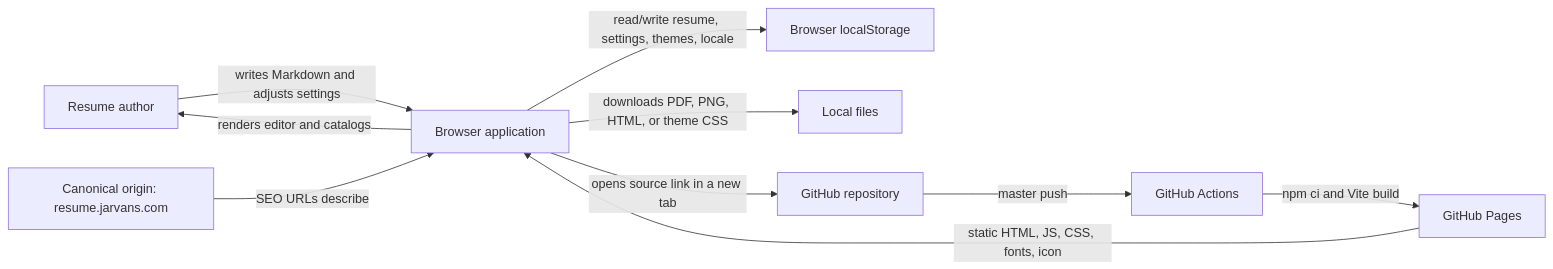
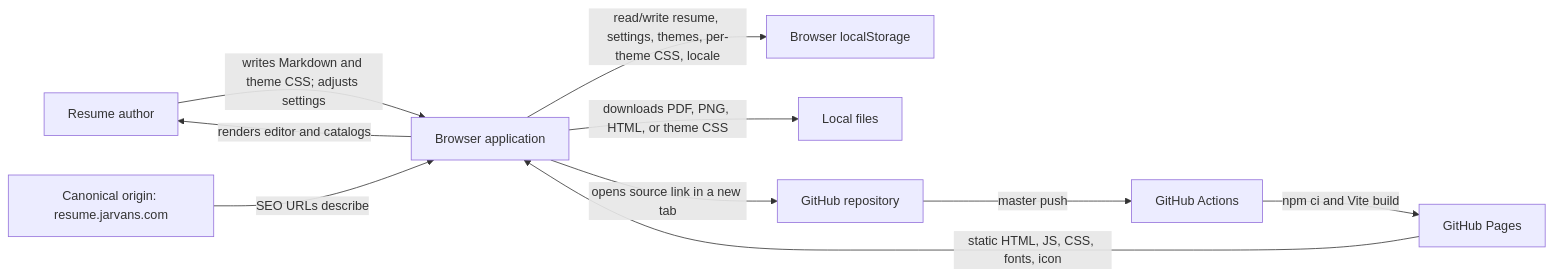
The first of 7 diagrams in docs/knowledge-graph.md (jarvanstack/markdown-to-resume), drawn with Mermaid before and after one commit. The commit also changed other lines of this file and 14 other files, not shown here.

Commit message:
Add live CSS editor tab and theme draft persistence

````diff
--- a/docs/knowledge-graph.md
+++ b/docs/knowledge-graph.md
@@ -14,12 +14,12 @@
 ```mermaid
 flowchart LR
-    User["Resume author"] -->|"writes Markdown and adjusts settings"| Browser["Browser application"]
+    User["Resume author"] -->|"writes Markdown and theme CSS; adjusts settings"| Browser["Browser application"]
     Browser -->|"renders editor and catalogs"| User
-    Browser -->|"read/write resume, settings, themes, locale"| LocalStorage["Browser localStorage"]
+    Browser -->|"read/write resume, settings, themes, per-theme CSS, locale"| LocalStorage["Browser localStorage"]
     Browser -->|"downloads PDF, PNG, HTML, or theme CSS"| Downloads["Local files"]
     Browser -->|"opens source link in a new tab"| GitHub
     GitHub["GitHub repository"] -->|"master push"| Actions["GitHub Actions"]
     Actions -->|"npm ci and Vite build"| Pages["GitHub Pages"]
     Pages -->|"static HTML, JS, CSS, fonts, icon"| Browser
     Canonical["Canonical origin: resume.jarvans.com"] -->|"SEO URLs describe"| Browser
 ```
````
